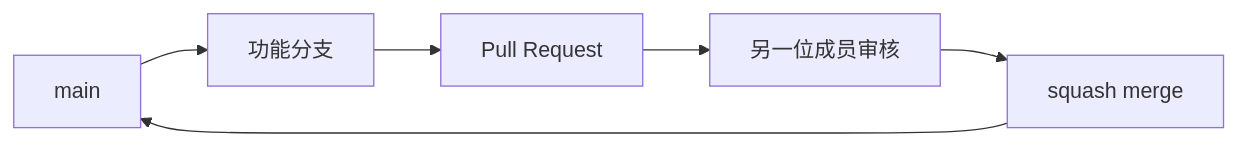
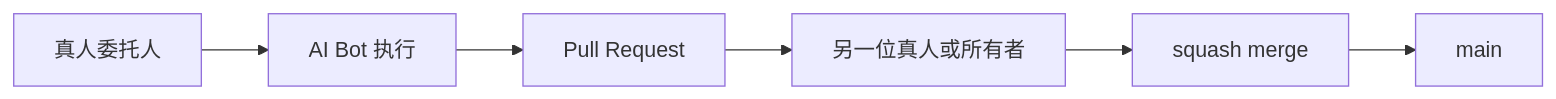
Before and after one commit to Yogdunana/AI-Q-A-Box: the diagram in docs/ai-guide.md, drawn with Mermaid. The commit also changed other lines of this file and 8 other files, not shown here.

````diff
--- a/docs/ai-guide.md
+++ b/docs/ai-guide.md
@@ -58,8 +67,8 @@
 ```mermaid
 flowchart LR
-  main[main] --> branch[功能分支]
-  branch --> pr[Pull Request]
-  pr --> review[另一位成员审核]
+  human[真人委托人] --> bot[AI Bot 执行]
+  bot --> pr[Pull Request]
+  pr --> review[另一位真人或所有者]
   review --> squash[squash merge]
-  squash --> main
+  squash --> main[main]
 ```
````
